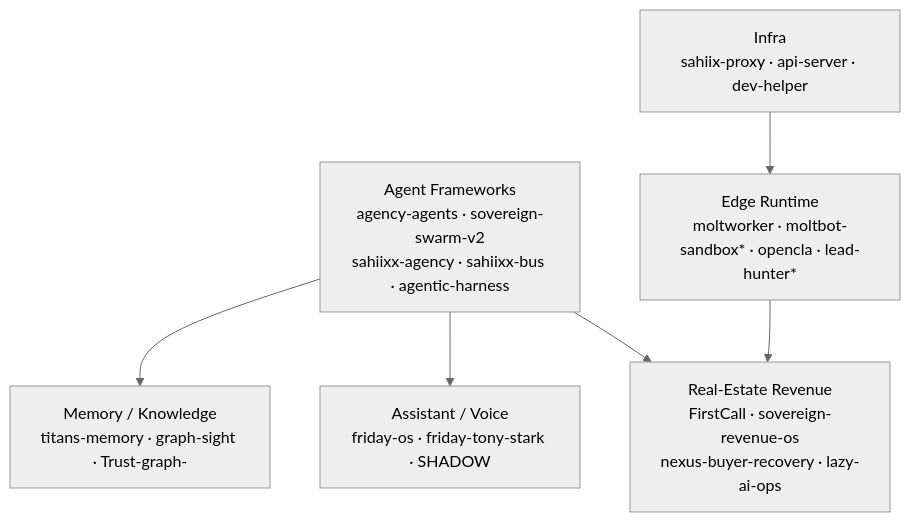
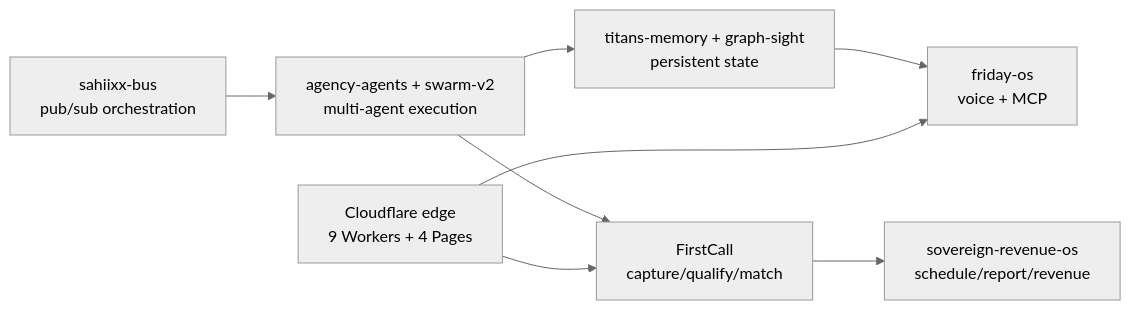
The diagram in README.md (sahiixx/sahiixx), drawn with Mermaid (neutral theme) before and after one commit. The commit also changed other lines of this file and 1 other file, not shown here.

Commit message:
feat(readme): unique execution-proof E2E template (live flagship proof, execution graph)

````diff
--- a/README.md
+++ b/README.md
@@ -61,15 +61,10 @@
 ```mermaid
-flowchart TD
-    AG[Agent Frameworks<br/>agency-agents · sovereign-swarm-v2<br/>sahiixx-agency · sahiixx-bus · agentic-harness]
-    RE[Real-Estate Revenue<br/>FirstCall · sovereign-revenue-os<br/>nexus-buyer-recovery · lazy-ai-ops]
-    PA[Assistant / Voice<br/>friday-os · friday-tony-stark · SHADOW]
-    MEM[Memory / Knowledge<br/>titans-memory · graph-sight · Trust-graph-]
-    EDGE[Edge Runtime<br/>moltworker · moltbot-sandbox* · opencla · lead-hunter*]
-    INF[Infra<br/>sahiix-proxy · api-server · dev-helper]
-
-    AG --> RE
-    AG --> PA
-    AG --> MEM
-    EDGE --> RE
-    INF --> EDGE
+flowchart LR
+    BUS["sahiixx-bus<br/>pub/sub orchestration"] --> SWARM["agency-agents + swarm-v2<br/>multi-agent execution"]
+    SWARM --> MEM["titans-memory + graph-sight<br/>persistent state"]
+    SWARM --> FC["FirstCall<br/>capture/qualify/match"]
+    FC --> REV["sovereign-revenue-os<br/>schedule/report/revenue"]
+    MEM --> PA["friday-os<br/>voice + MCP"]
+    EDGE["Cloudflare edge<br/>9 Workers + 4 Pages"] --> FC
+    EDGE --> PA
 ```
````
